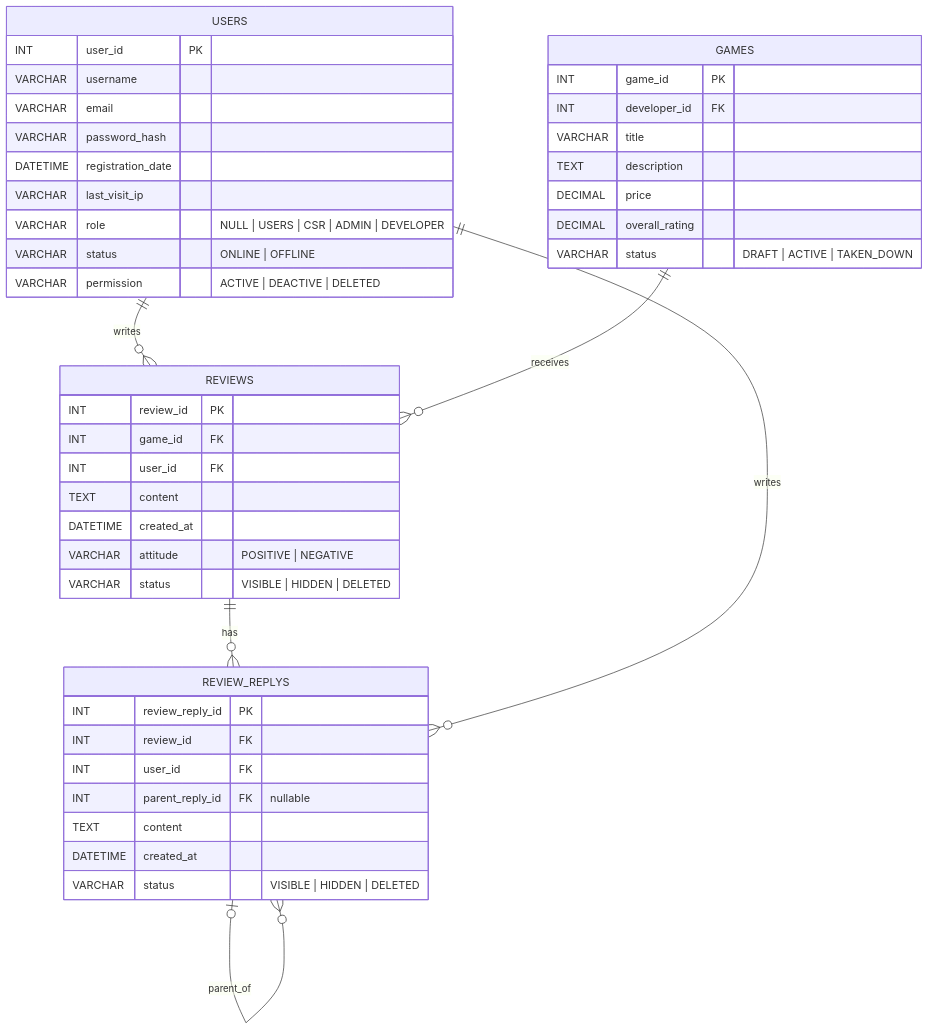
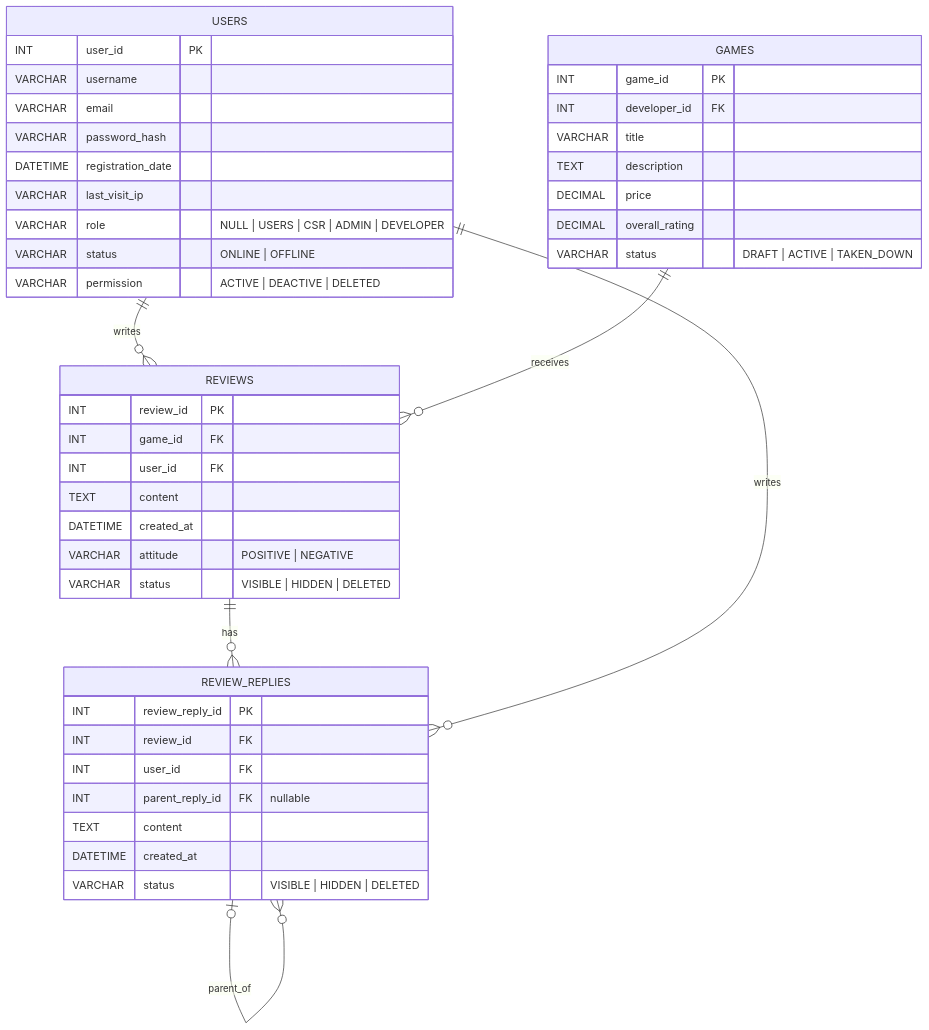
The diagram in mermaid/mermaid_modules/08_Review_Reply.mermaid (willie6666/dbms), drawn with Mermaid before and after one commit. The commit also changed 1 other file, not shown here.

Commit message:
feat: add Mermaid ER diagrams for refund request and review reply modules

```diff
--- a/mermaid/mermaid_modules/08_Review_Reply.mermaid
+++ b/mermaid/mermaid_modules/08_Review_Reply.mermaid
@@ -1,45 +1,45 @@
 erDiagram
     USERS {
         INT user_id PK
         VARCHAR username
         VARCHAR email
         VARCHAR password_hash
         DATETIME registration_date
         VARCHAR last_visit_ip
         VARCHAR role "NULL | USERS | CSR | ADMIN | DEVELOPER"
         VARCHAR status "ONLINE | OFFLINE"
         VARCHAR permission "ACTIVE | DEACTIVE | DELETED"
     }
     GAMES {
         INT game_id PK
         INT developer_id FK
         VARCHAR title
         TEXT description
         DECIMAL price
         DECIMAL overall_rating
         VARCHAR status "DRAFT | ACTIVE | TAKEN_DOWN"
     }
     REVIEWS {
         INT review_id PK
         INT game_id FK
         INT user_id FK
         TEXT content
         DATETIME created_at
         VARCHAR attitude "POSITIVE | NEGATIVE"
         VARCHAR status "VISIBLE | HIDDEN | DELETED"
     }
-    REVIEW_REPLYS {
+    REVIEW_REPLIES {
         INT review_reply_id PK
         INT review_id FK
         INT user_id FK
         INT parent_reply_id FK "nullable"
         TEXT content
         DATETIME created_at
         VARCHAR status "VISIBLE | HIDDEN | DELETED"
     }
 
     USERS ||--o{ REVIEWS : writes
     GAMES ||--o{ REVIEWS : receives
-    REVIEWS ||--o{ REVIEW_REPLYS : has
-    USERS ||--o{ REVIEW_REPLYS : writes
-    REVIEW_REPLYS o|--o{ REVIEW_REPLYS : parent_of
+    REVIEWS ||--o{ REVIEW_REPLIES : has
+    USERS ||--o{ REVIEW_REPLIES : writes
+    REVIEW_REPLIES |o--o{ REVIEW_REPLIES : parent_of
```
